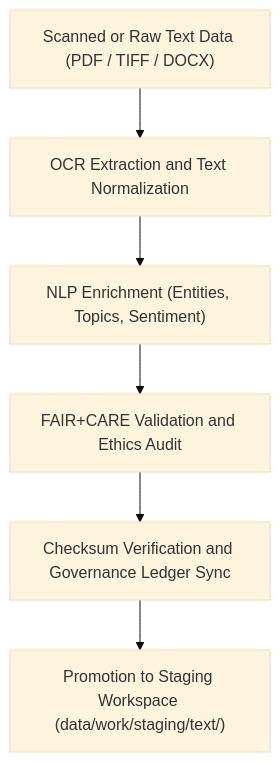
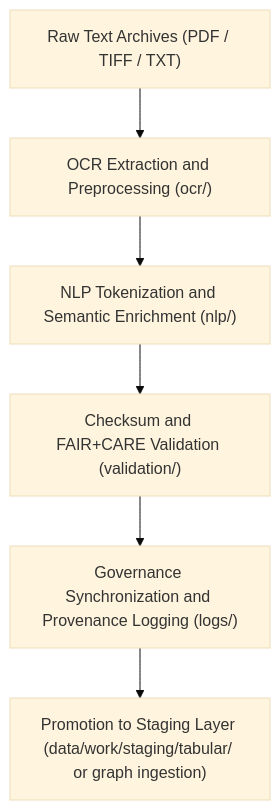
Before and after one commit to bartytime4life/Kansas-Frontier-Matrix: the diagram in data/work/tmp/text/README.md, drawn with Mermaid (base theme). The commit also changed other lines of this file, not shown here.

````diff
--- a/data/work/tmp/text/README.md
+++ b/data/work/tmp/text/README.md
@@ -87,8 +79,8 @@
 ```mermaid
 flowchart TD
-    A["Scanned or Raw Text Data (PDF / TIFF / DOCX)"] --> B["OCR Extraction and Text Normalization"]
-    B --> C["NLP Enrichment (Entities, Topics, Sentiment)"]
-    C --> D["FAIR+CARE Validation and Ethics Audit"]
-    D --> E["Checksum Verification and Governance Ledger Sync"]
-    E --> F["Promotion to Staging Workspace (data/work/staging/text/)"]
+    A["Raw Text Archives (PDF / TIFF / TXT)"] --> B["OCR Extraction and Preprocessing (ocr/)"]
+    B --> C["NLP Tokenization and Semantic Enrichment (nlp/)"]
+    C --> D["Checksum and FAIR+CARE Validation (validation/)"]
+    D --> E["Governance Synchronization and Provenance Logging (logs/)"]
+    E --> F["Promotion to Staging Layer (data/work/staging/tabular/ or graph ingestion)"]
 ```
````
